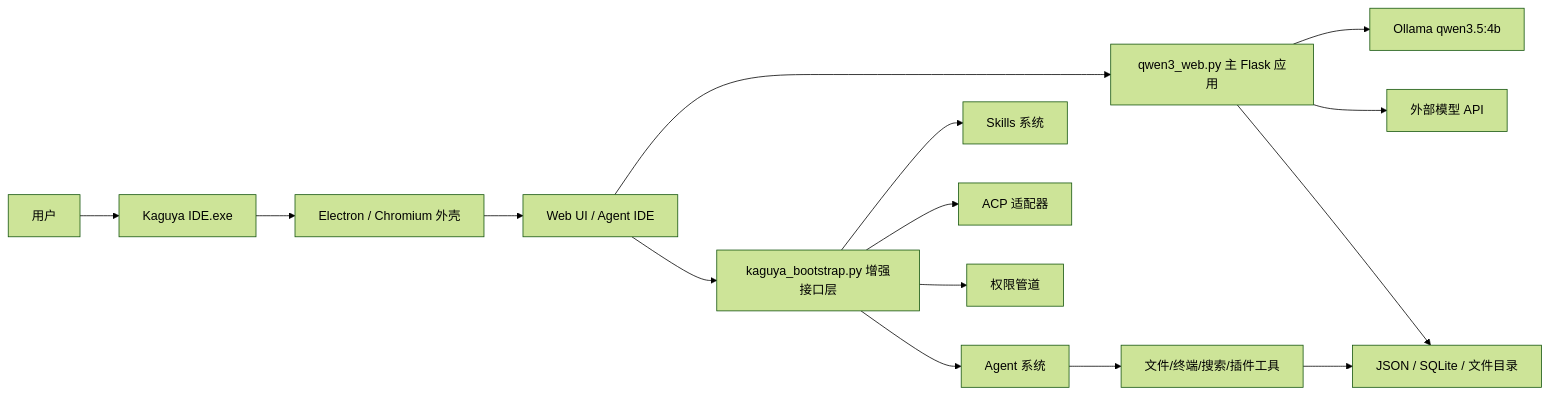
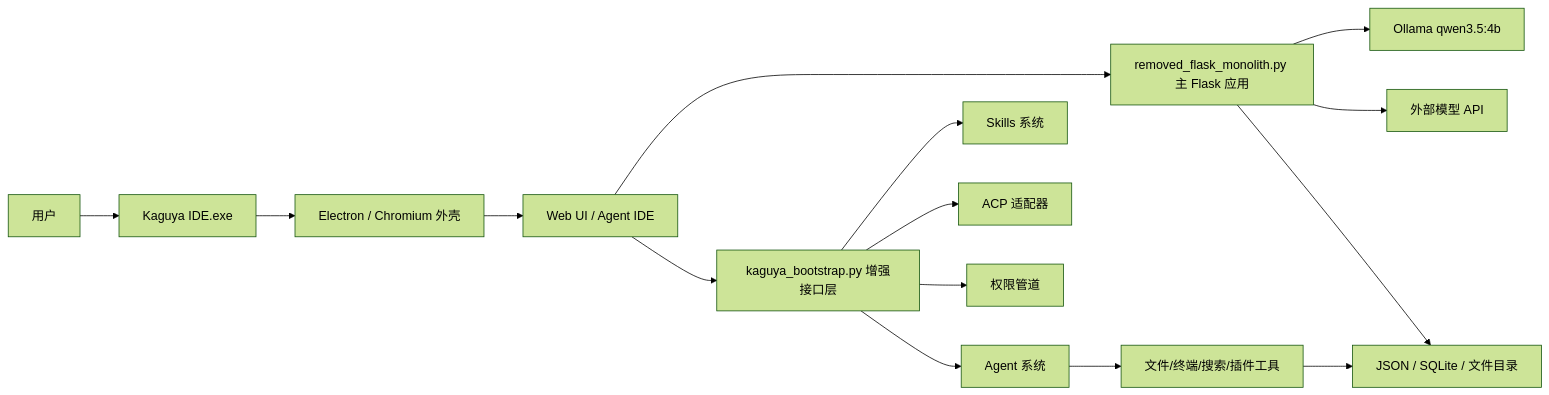
Before and after one commit to MouFush/Kaguya: the diagram in README.md, drawn with Mermaid (forest theme). The commit also changed other lines of this file and 29 other files, not shown here.

Commit message:
Replace qwen3 monolith with compiled Go backend

````diff
--- a/README.md
+++ b/README.md
@@ -57,17 +57,17 @@
 ```mermaid
 flowchart LR
     User["用户"] --> Exe["Kaguya IDE.exe"]
     Exe --> Electron["Electron / Chromium 外壳"]
     Electron --> WebUI["Web UI / Agent IDE"]
-    WebUI --> FlaskMain["qwen3_web.py 主 Flask 应用"]
+    WebUI --> FlaskMain["removed_flask_monolith.py 主 Flask 应用"]
     WebUI --> Bootstrap["kaguya_bootstrap.py 增强接口层"]
     FlaskMain --> Ollama["Ollama qwen3.5:4b"]
     FlaskMain --> ExternalAPI["外部模型 API"]
     FlaskMain --> DataDirs["JSON / SQLite / 文件目录"]
     Bootstrap --> Agents["Agent 系统"]
     Bootstrap --> Skills["Skills 系统"]
     Bootstrap --> ACP["ACP 适配器"]
     Bootstrap --> Permission["权限管道"]
     Agents --> Tools["文件/终端/搜索/插件工具"]
     Tools --> DataDirs
 ```
````
